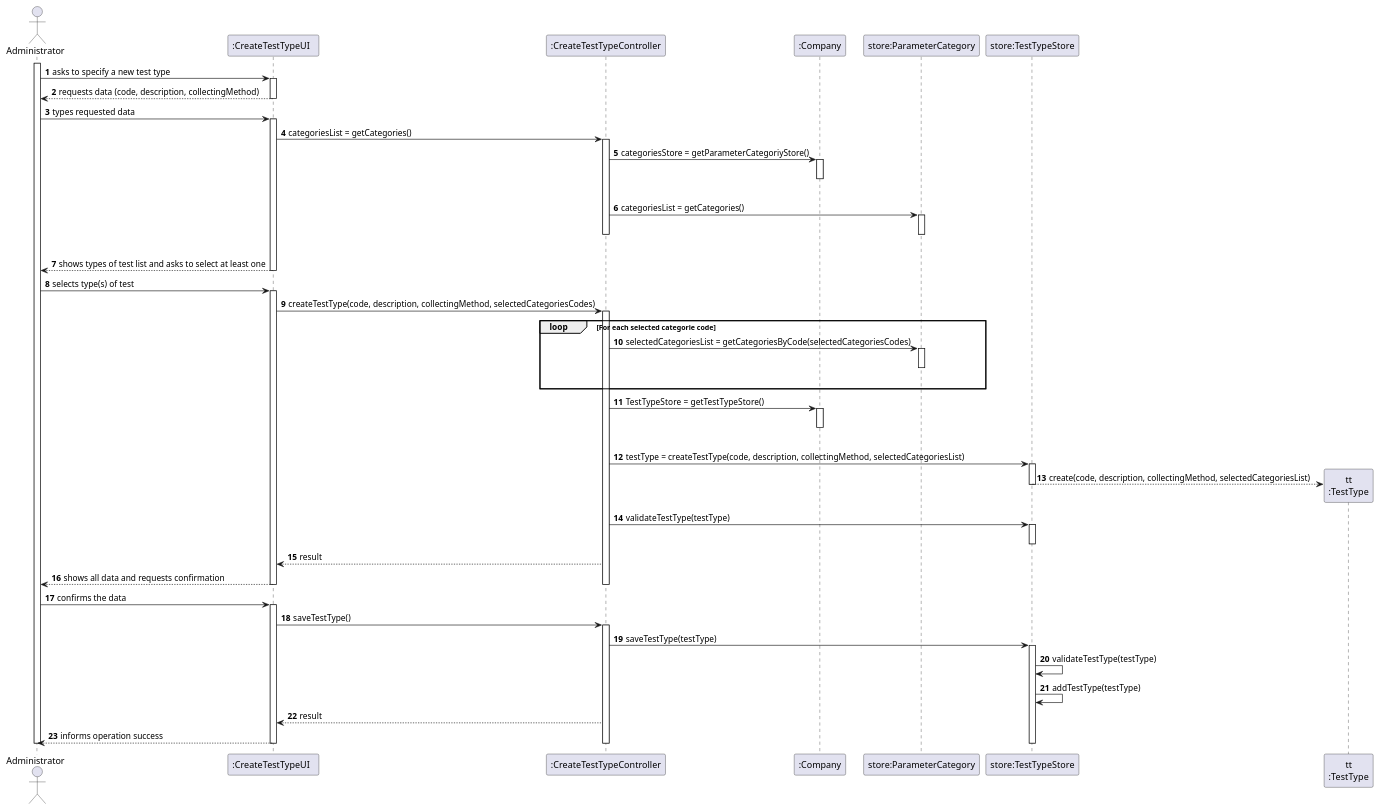
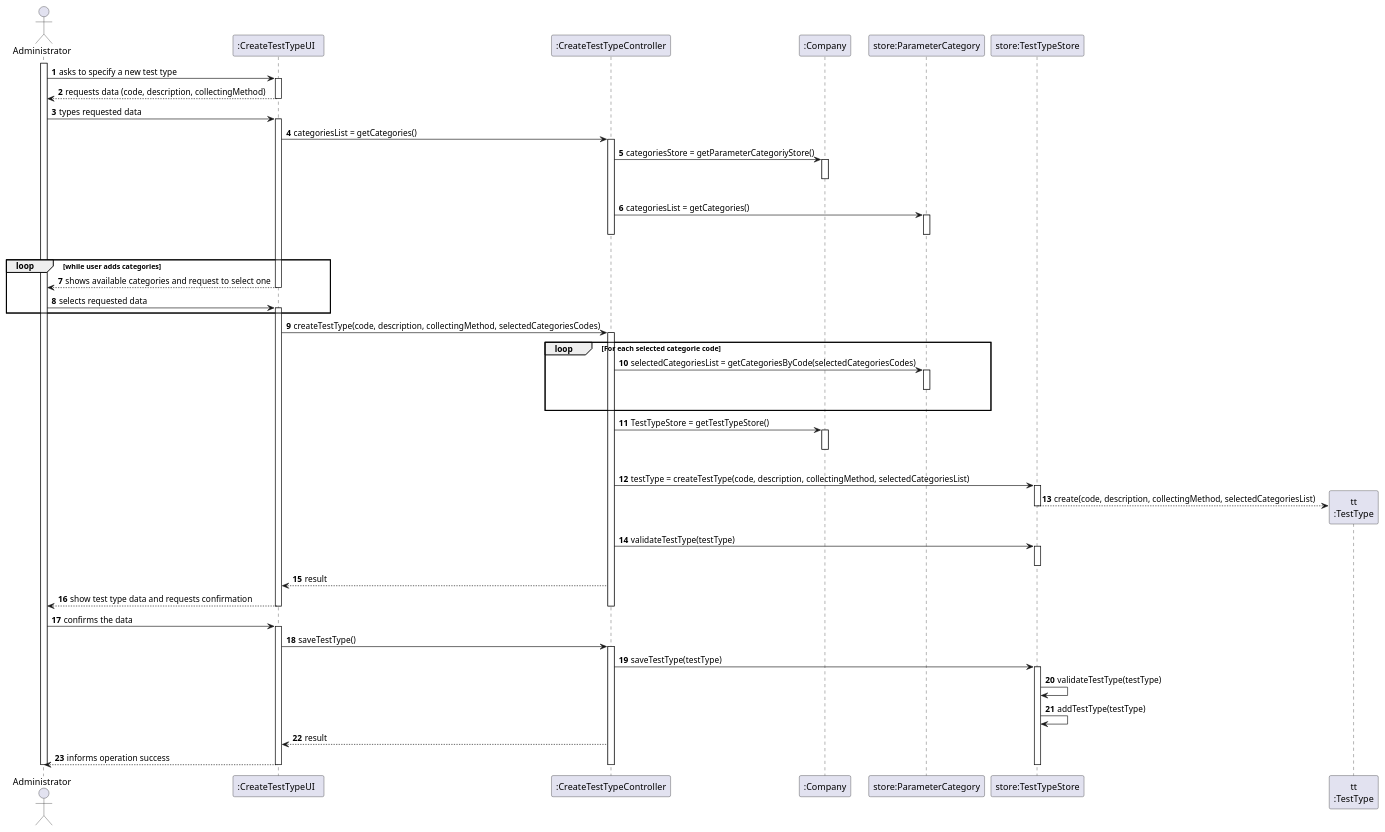
The diagram in docs/SprintB/US_9/US9_SD.puml (ana-albergaria/LAPR2-ISEP), drawn with PlantUML before and after one commit. The commit also changed 13 other files, not shown here.

```diff
--- a/docs/SprintB/US_9/US9_SD.puml
+++ b/docs/SprintB/US_9/US9_SD.puml
@@ -1,100 +1,101 @@
 @startuml
 autonumber
 'hide footbox
 actor "Administrator" as ADM
 
 participant ":CreateTestTypeUI  " as UI
 participant ":CreateTestTypeController" as CTRL
 participant ":Company" as PLAT
 participant "store:ParameterCategory" as TEST_TYPE_STORE
 /'participant ":Platform" as PLAT'/
 participant "store:TestTypeStore" as ORG
 participant "tt\n:TestType" as TAREFA
 
 
 activate ADM
 ADM -> UI : asks to specify a new test type
 activate UI
 UI --> ADM : requests data (code, description, collectingMethod)
 deactivate UI
 
 ADM -> UI : types requested data
 activate UI
 
 UI -> CTRL : categoriesList = getCategories()
 activate CTRL
 
 CTRL -> PLAT : categoriesStore = getParameterCategoriyStore()
 activate PLAT
 |||
 deactivate PLAT
 
 CTRL -> TEST_TYPE_STORE : categoriesList = getCategories()
 activate TEST_TYPE_STORE
 |||
 deactivate TEST_TYPE_STORE
 deactivate CTRL
 
-UI --> ADM : shows types of test list and asks to select at least one
+loop while user adds categories
+UI --> ADM : shows available categories and request to select one
 deactivate PLAT
 deactivate UI
 
-ADM -> UI : selects type(s) of test
+ADM -> UI : selects requested data
 activate UI
-
+end
 UI -> CTRL : createTestType(code, description, collectingMethod, selectedCategoriesCodes)
 activate CTRL
 
 /'CTRL -> PLAT : categoriesStore = getCategoriesList()
 activate PLAT
 |||
 deactivate PLAT'/
 
 loop For each selected categorie code
 CTRL -> TEST_TYPE_STORE : selectedCategoriesList = getCategoriesByCode(selectedCategoriesCodes)
 activate TEST_TYPE_STORE
 |||
 deactivate TEST_TYPE_STORE
 end
 
 CTRL -> PLAT : TestTypeStore = getTestTypeStore()
 activate PLAT
 |||
 deactivate PLAT
 CTRL -> ORG: testType = createTestType(code, description, collectingMethod, selectedCategoriesList)
 activate ORG
 
 ORG --> TAREFA**: create(code, description, collectingMethod, selectedCategoriesList)
 deactivate ORG
 CTRL -> ORG: validateTestType(testType)
 activate ORG
 deactivate ORG
 CTRL --> UI: result
 
-UI --> ADM: shows all data and requests confirmation
+UI --> ADM: show test type data and requests confirmation
 deactivate ORG
 deactivate PLAT
 deactivate CTRL
 deactivate UI
 
 ADM -> UI : confirms the data
 activate UI
 UI -> CTRL : saveTestType()
 activate CTRL
 
 CTRL -> ORG : saveTestType(testType)
 activate ORG
 
 ORG -> ORG: validateTestType(testType)
 ORG -> ORG: addTestType(testType)
 
 CTRL --> UI: result
 
 UI --> ADM : informs operation success
 deactivate ORG
 deactivate CTRL
 deactivate UI
 
 deactivate ADM
 
 @enduml
```
